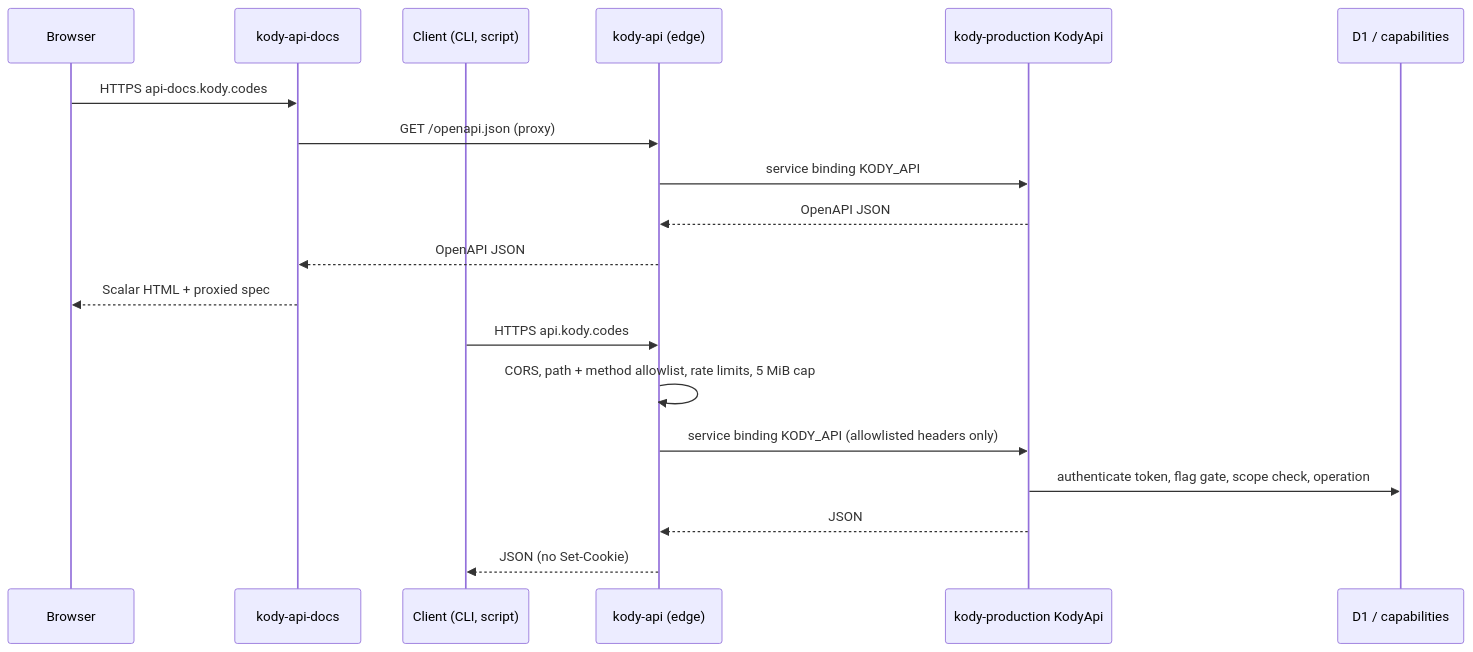
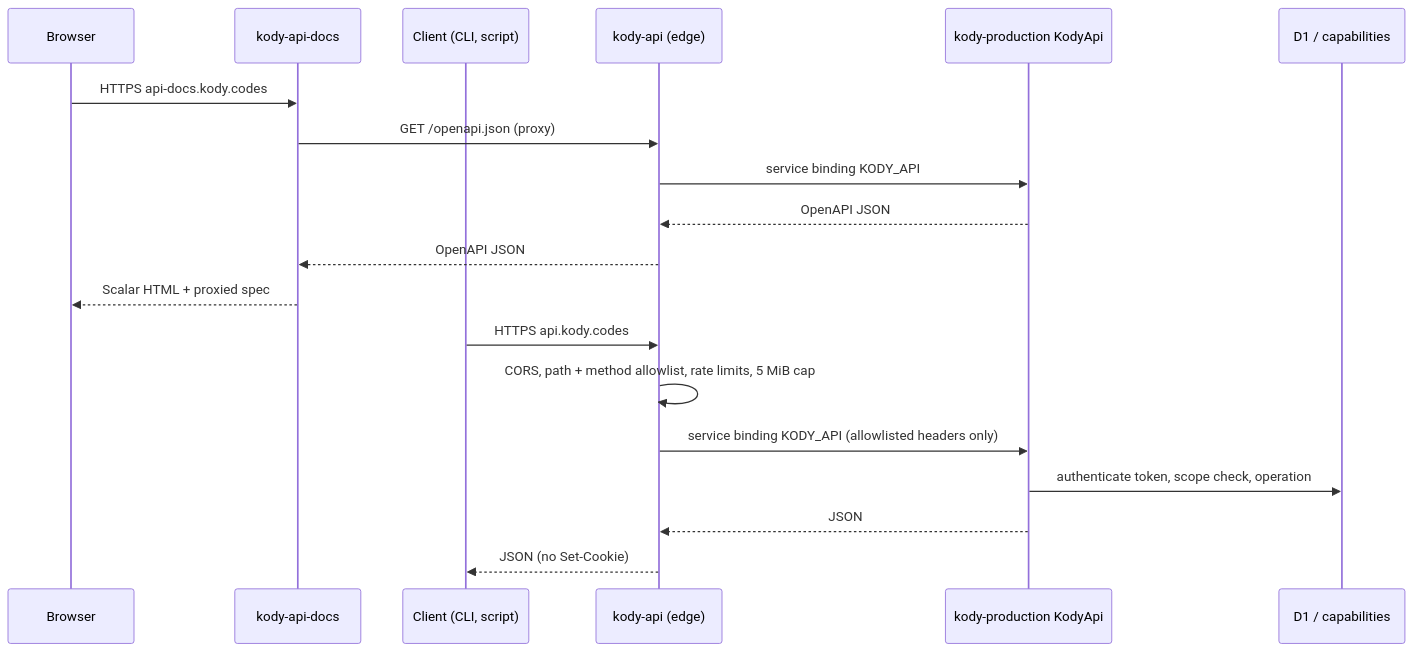
Before and after one commit to alindsay55661/kody: the diagram in docs/contributing/architecture/open-api.md, drawn with Mermaid. The commit also changed other lines of this file and 69 other files, not shown here.

````diff
--- a/docs/contributing/architecture/open-api.md
+++ b/docs/contributing/architecture/open-api.md
@@ -20,21 +15,21 @@
 ```mermaid
 sequenceDiagram
   participant B as Browser
   participant D as kody-api-docs
   participant C as Client (CLI, script)
   participant E as kody-api (edge)
   participant O as kody-production KodyApi
   participant DB as D1 / capabilities
   B->>D: HTTPS api-docs.kody.codes
   D->>E: GET /openapi.json (proxy)
   E->>O: service binding KODY_API
   O-->>E: OpenAPI JSON
   E-->>D: OpenAPI JSON
   D-->>B: Scalar HTML + proxied spec
   C->>E: HTTPS api.kody.codes
   E->>E: CORS, path + method allowlist, rate limits, 5 MiB cap
   E->>O: service binding KODY_API (allowlisted headers only)
-  O->>DB: authenticate token, flag gate, scope check, operation
+  O->>DB: authenticate token, scope check, operation
   O-->>E: JSON
   E-->>C: JSON (no Set-Cookie)
 ```
````
